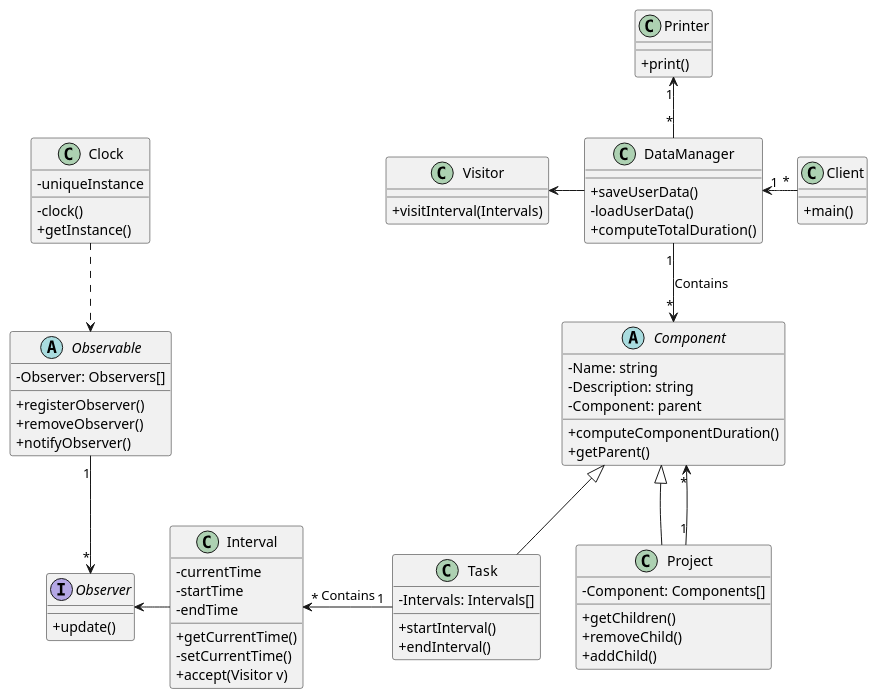
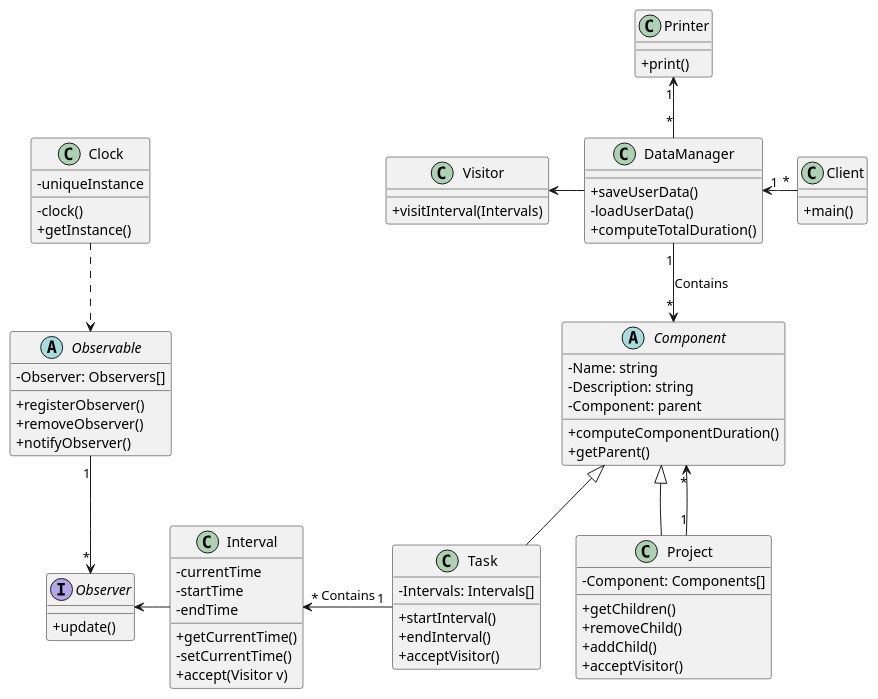
The diagram in Time_Tracker/DSTimeTracker.puml (quimcamprubi/DS_Time_Tracker), drawn with PlantUML before and after one commit. The commit also changed 15 other files, not shown here.

```diff
--- a/Time_Tracker/DSTimeTracker.puml
+++ b/Time_Tracker/DSTimeTracker.puml
@@ -1,85 +1,87 @@
 @startuml 
 
 skinparam classAttributeIconSize 0
 skinparam linetype polyline
 
 abstract class Component {
 - Name: string
 - Description: string
 - Component: parent
 + computeComponentDuration()
 + getParent()
 }
 
 class Project extends Component {
 - Component: Components[]
 + getChildren()
 + removeChild()
 + addChild()
++ acceptVisitor()
 }
 
 
 class Task extends Component {
 - Intervals: Intervals[]
 + startInterval()
 + endInterval()
++ acceptVisitor()
 }
 
 class Visitor{
 + visitInterval(Intervals)
 }
 
 
 class Interval{
 - currentTime
 - startTime
 - endTime
 + getCurrentTime()
 - setCurrentTime()
 + accept(Visitor v)
 
 }
 
 Interface Observer{
 + update()
 }
 
 abstract class Observable {
 - Observer: Observers[]
 + registerObserver()
 + removeObserver()
 + notifyObserver()
 }
 
 class Clock {
 - uniqueInstance
 - clock()
 + getInstance()
 }
 
 class Client{
 + main()
 }
 
 class DataManager{  
 + saveUserData()
 - loadUserData()
 + computeTotalDuration()
 }
 
 Class Printer{
 + print()
 }
 
 Visitor <-right- DataManager
 DataManager "1" -down-> "*" Component: Contains
 Project "1" --> "*" Component
 Client "*" -left-> "1" DataManager
 Task "1" -left-> "*" Interval:Contains
 Clock .down.> Observable
 Observable "1" -Down-> "*" Observer
 Interval -left-> Observer
 DataManager "*" -up-> "1" Printer
 Task -[hidden]right-> Project
 
 @enduml
```
